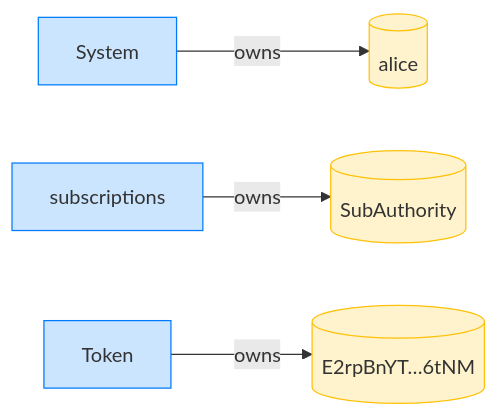
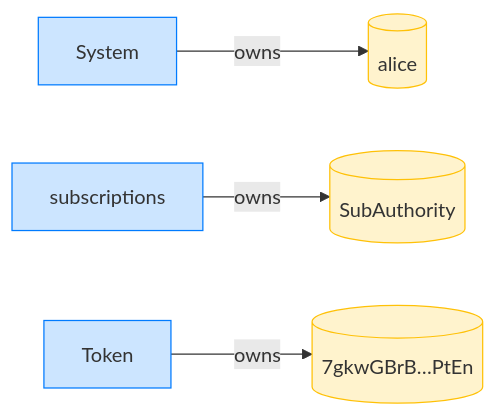
The fourth of 8 diagrams in dsl_tests/writable-accounts-must-be-writable--transferfixed-.md (cds-rs/subscriptions), drawn with Mermaid before and after one commit. The commit also changed other lines of this file and 224 other files, not shown here.

````diff
--- a/dsl_tests/writable-accounts-must-be-writable--transferfixed-.md
+++ b/dsl_tests/writable-accounts-must-be-writable--transferfixed-.md
@@ -73,14 +78,14 @@
 ```mermaid
 flowchart LR
     classDef owner fill:#cce5ff,stroke:#007bff;
     classDef account fill:#fff3cd,stroke:#ffc107;
     System[System]:::owner
     alice[(alice)]:::account
     subscriptions[subscriptions]:::owner
     SubAuthority[(SubAuthority)]:::account
     Token[Token]:::owner
-    E2rpBnYT_6tNM[("E2rpBnYT…6tNM")]:::account
+    7gkwGBrB_PtEn[("7gkwGBrB…PtEn")]:::account
     System -->|owns| alice
     subscriptions -->|owns| SubAuthority
-    Token -->|owns| E2rpBnYT_6tNM
+    Token -->|owns| 7gkwGBrB_PtEn
 ```
````
